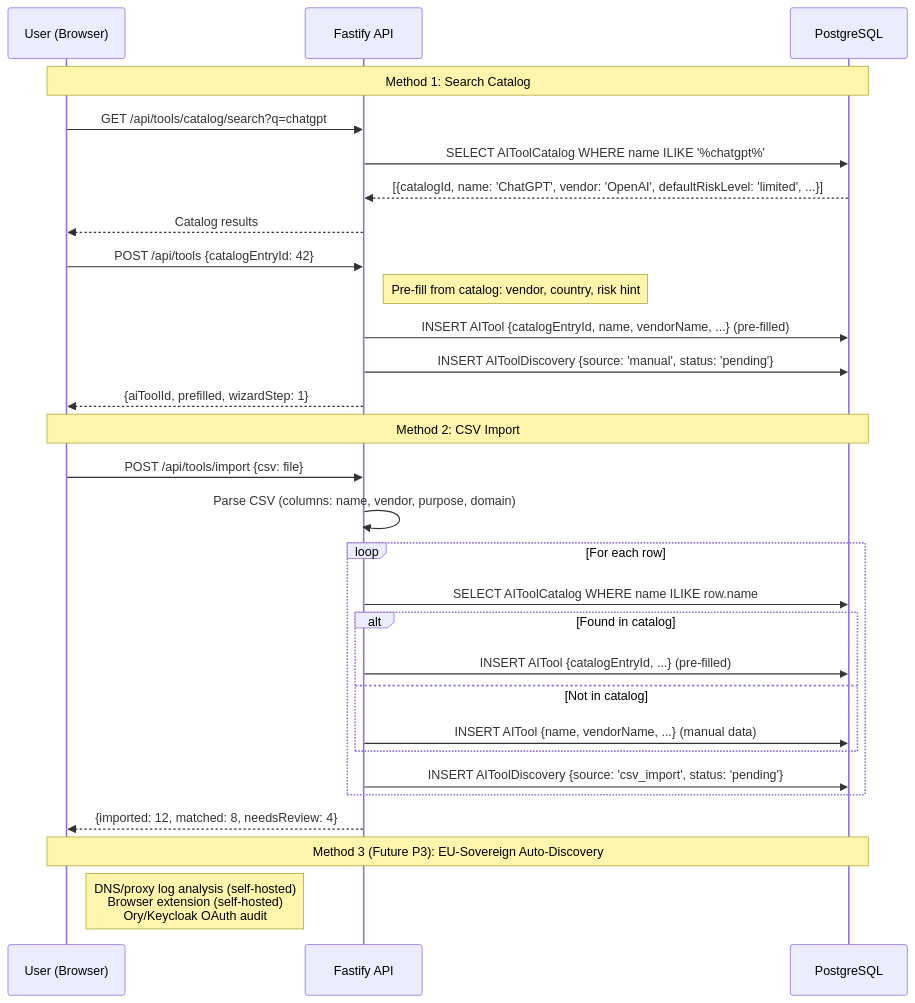
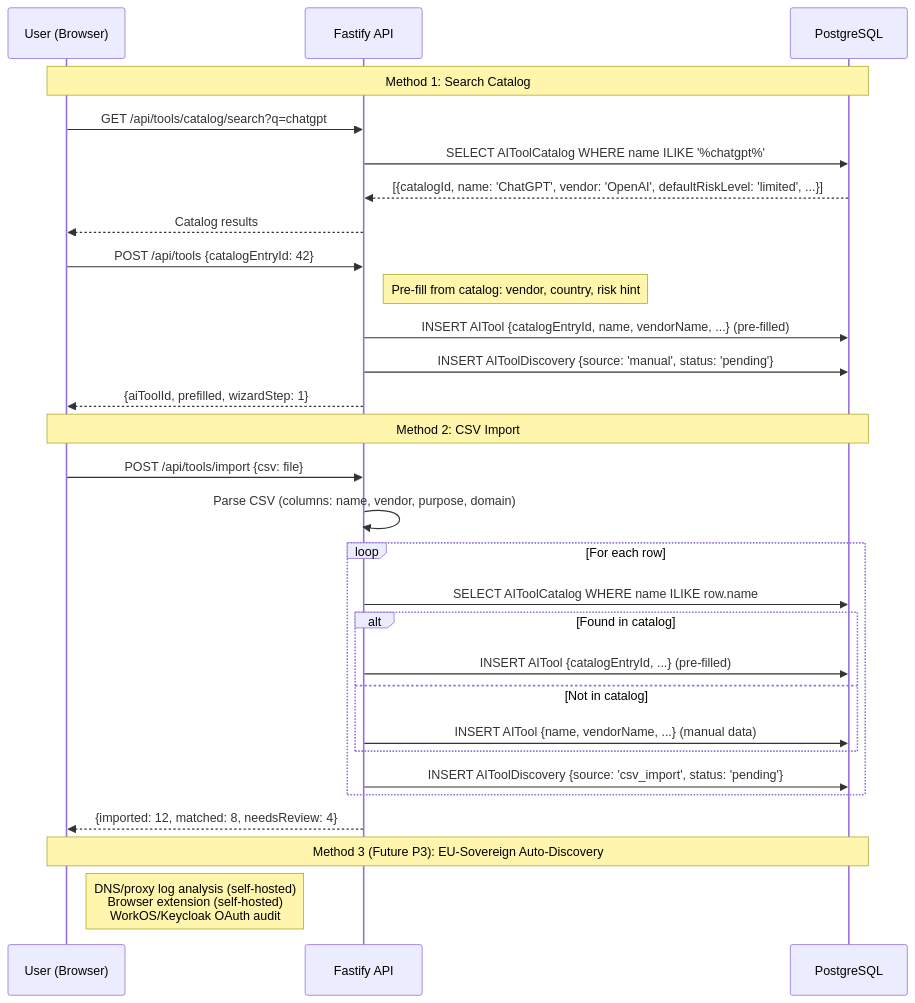
Before and after one commit to complior/complior: diagram 12 of 26 in docs/DATA-FLOWS.md, drawn with Mermaid. The commit also changed other lines of this file and 133 other files, not shown here.

````diff
--- a/docs/DATA-FLOWS.md
+++ b/docs/DATA-FLOWS.md
@@ -650,35 +654,35 @@
 ```mermaid
 sequenceDiagram
     participant User as User (Browser)
     participant API as Fastify API
     participant DB as PostgreSQL
 
     Note over User,DB: Method 1: Search Catalog
     User->>API: GET /api/tools/catalog/search?q=chatgpt
     API->>DB: SELECT AIToolCatalog WHERE name ILIKE '%chatgpt%'
     DB-->>API: [{catalogId, name: 'ChatGPT', vendor: 'OpenAI', defaultRiskLevel: 'limited', ...}]
     API-->>User: Catalog results
 
     User->>API: POST /api/tools {catalogEntryId: 42}
     Note right of API: Pre-fill from catalog: vendor, country, risk hint
     API->>DB: INSERT AITool {catalogEntryId, name, vendorName, ...} (pre-filled)
     API->>DB: INSERT AIToolDiscovery {source: 'manual', status: 'pending'}
     API-->>User: {aiToolId, prefilled, wizardStep: 1}
 
     Note over User,DB: Method 2: CSV Import
     User->>API: POST /api/tools/import {csv: file}
     API->>API: Parse CSV (columns: name, vendor, purpose, domain)
     loop For each row
         API->>DB: SELECT AIToolCatalog WHERE name ILIKE row.name
         alt Found in catalog
             API->>DB: INSERT AITool {catalogEntryId, ...} (pre-filled)
         else Not in catalog
             API->>DB: INSERT AITool {name, vendorName, ...} (manual data)
         end
         API->>DB: INSERT AIToolDiscovery {source: 'csv_import', status: 'pending'}
     end
     API-->>User: {imported: 12, matched: 8, needsReview: 4}
 
     Note over User,DB: Method 3 (Future P3): EU-Sovereign Auto-Discovery
-    Note right of User: DNS/proxy log analysis (self-hosted)<br/>Browser extension (self-hosted)<br/>Ory/Keycloak OAuth audit
+    Note right of User: DNS/proxy log analysis (self-hosted)<br/>Browser extension (self-hosted)<br/>WorkOS/Keycloak OAuth audit
 ```
````
